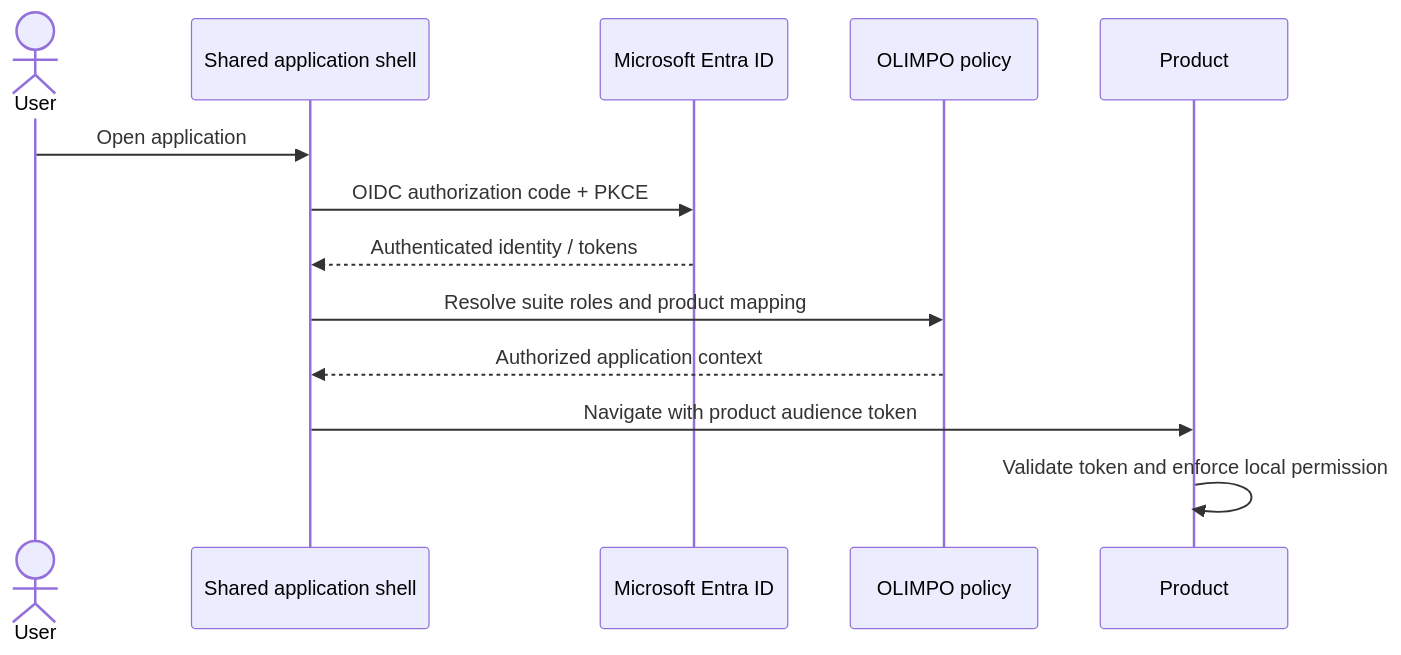
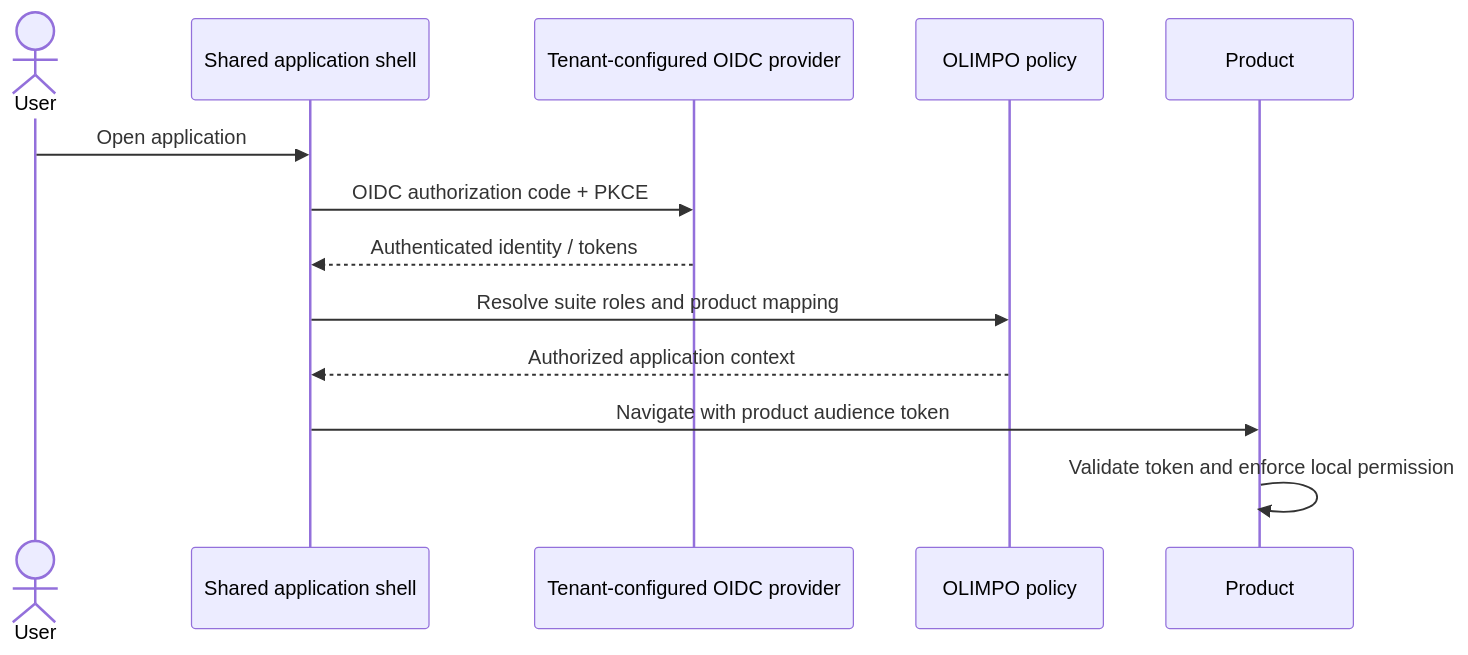
Before and after one commit to mca-rolando/OLIMPO: the first of 2 diagrams in docs/architecture/identity-security-v1.0.md, drawn with Mermaid. The commit also changed other lines of this file and 17 other files, not shown here.

Commit message:
docs: adopt MSP-first multi-tenant architecture

````diff
--- a/docs/architecture/identity-security-v1.0.md
+++ b/docs/architecture/identity-security-v1.0.md
@@ -7,15 +9,15 @@
 ```mermaid
 sequenceDiagram
   actor U as User
   participant S as Shared application shell
-  participant E as Microsoft Entra ID
+  participant E as Tenant-configured OIDC provider
   participant O as OLIMPO policy
   participant P as Product
   U->>S: Open application
   S->>E: OIDC authorization code + PKCE
   E-->>S: Authenticated identity / tokens
   S->>O: Resolve suite roles and product mapping
   O-->>S: Authorized application context
   S->>P: Navigate with product audience token
   P->>P: Validate token and enforce local permission
 ```
````
